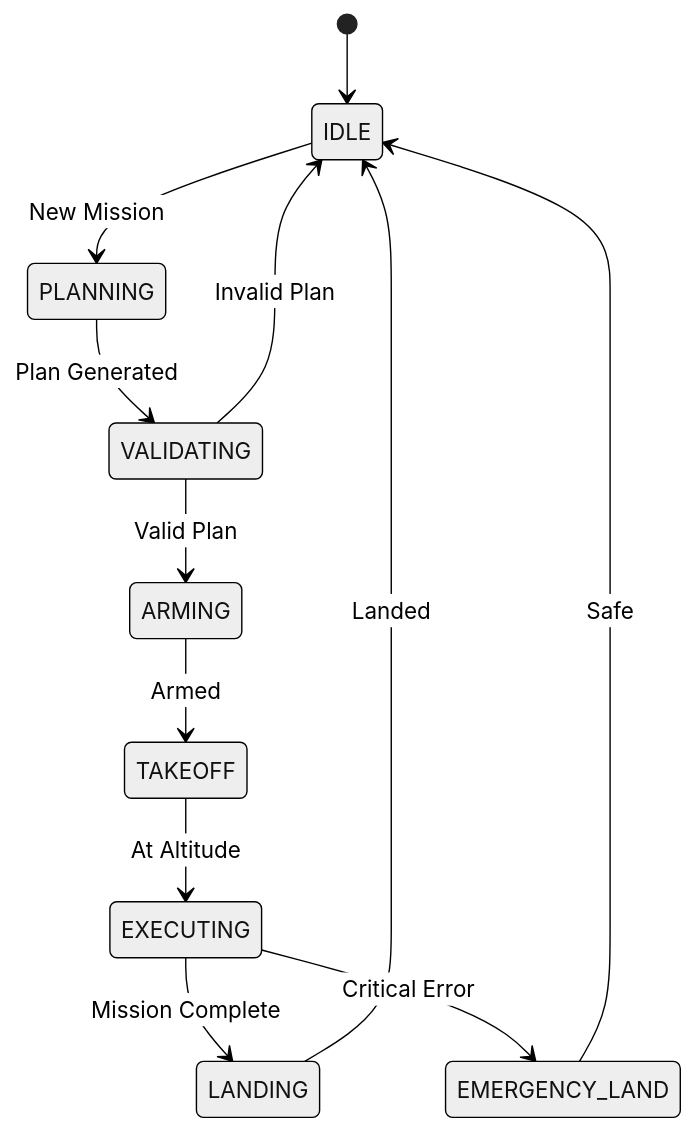
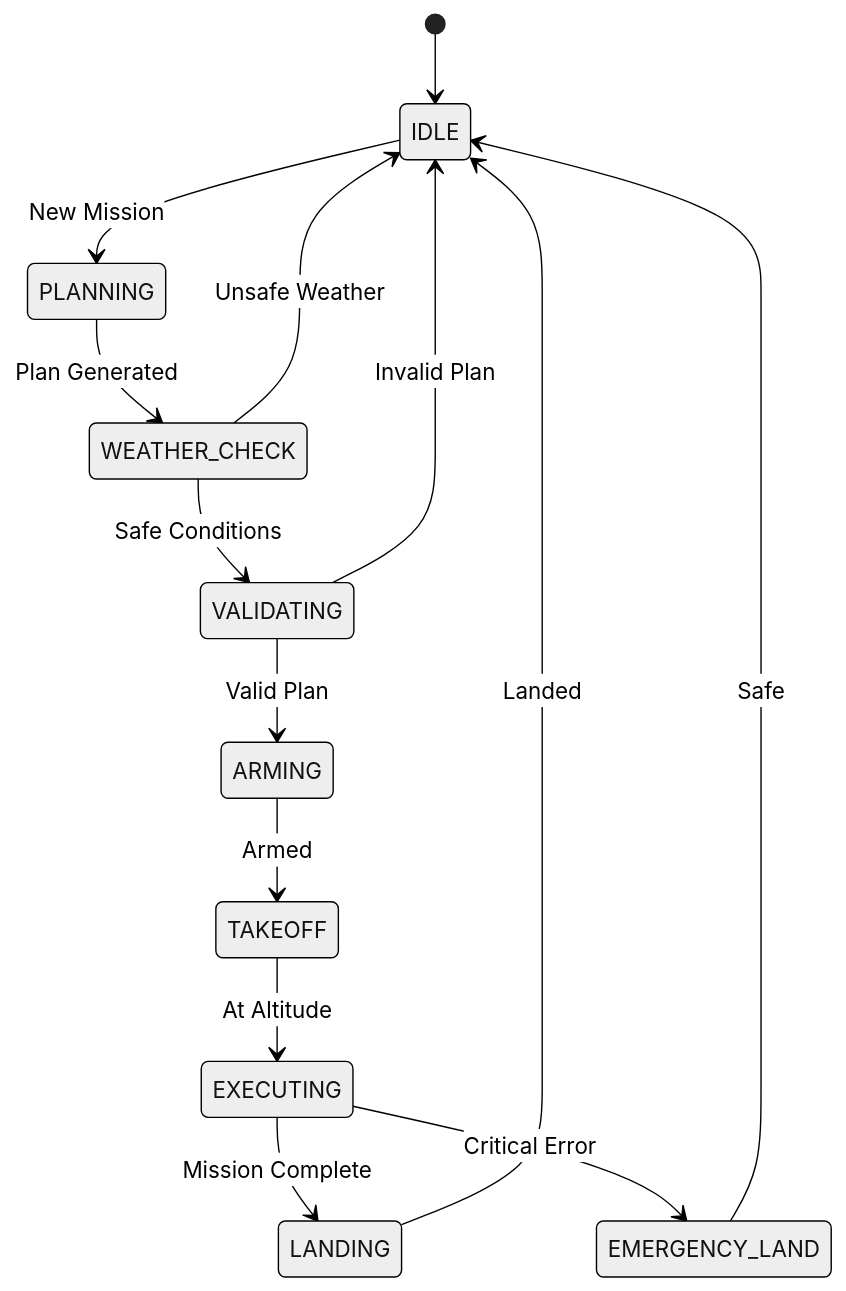
Before and after one commit to arnenoori/skyscout: the second of 5 diagrams in docs/ARCHITECTURE.md, drawn with Mermaid (neutral theme). The commit also changed other lines of this file and 4 other files, not shown here.

````diff
--- a/docs/ARCHITECTURE.md
+++ b/docs/ARCHITECTURE.md
@@ -157,14 +161,16 @@
 ```mermaid
 stateDiagram-v2
     [*] --> IDLE
     IDLE --> PLANNING: New Mission
-    PLANNING --> VALIDATING: Plan Generated
+    PLANNING --> WEATHER_CHECK: Plan Generated
+    WEATHER_CHECK --> VALIDATING: Safe Conditions
+    WEATHER_CHECK --> IDLE: Unsafe Weather
     VALIDATING --> ARMING: Valid Plan
     VALIDATING --> IDLE: Invalid Plan
     ARMING --> TAKEOFF: Armed
     TAKEOFF --> EXECUTING: At Altitude
     EXECUTING --> LANDING: Mission Complete
     EXECUTING --> EMERGENCY_LAND: Critical Error
     LANDING --> IDLE: Landed
     EMERGENCY_LAND --> IDLE: Safe
 ```
````
